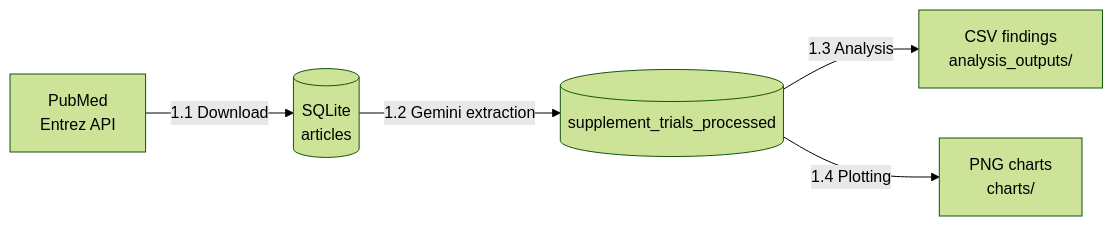
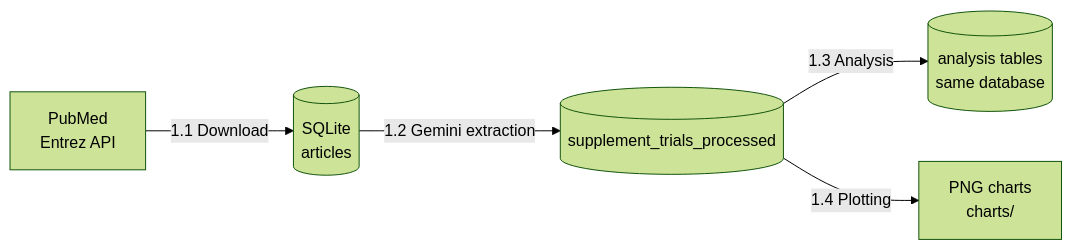
One commit to cindyhsugit/pubmed-supplement-timing-data changed the diagram in README.md. Above: the diagram before and after it, drawn with Mermaid (forest theme). The commit also changed other lines of this file and 4 other files, not shown here.

First line of the commit message:
Save analysis to database tables instead of CSV files

````diff
--- a/README.md
+++ b/README.md
@@ -25,7 +25,7 @@
 ```mermaid
 flowchart LR
     A[PubMed<br/>Entrez API] -->|1.1 Download| B[(SQLite<br/>articles)]
     B -->|1.2 Gemini extraction| C[(supplement_trials_processed)]
-    C -->|1.3 Analysis| D[CSV findings<br/>analysis_outputs/]
+    C -->|1.3 Analysis| D[(analysis tables<br/>same database)]
     C -->|1.4 Plotting| E[PNG charts<br/>charts/]
 ```
````
